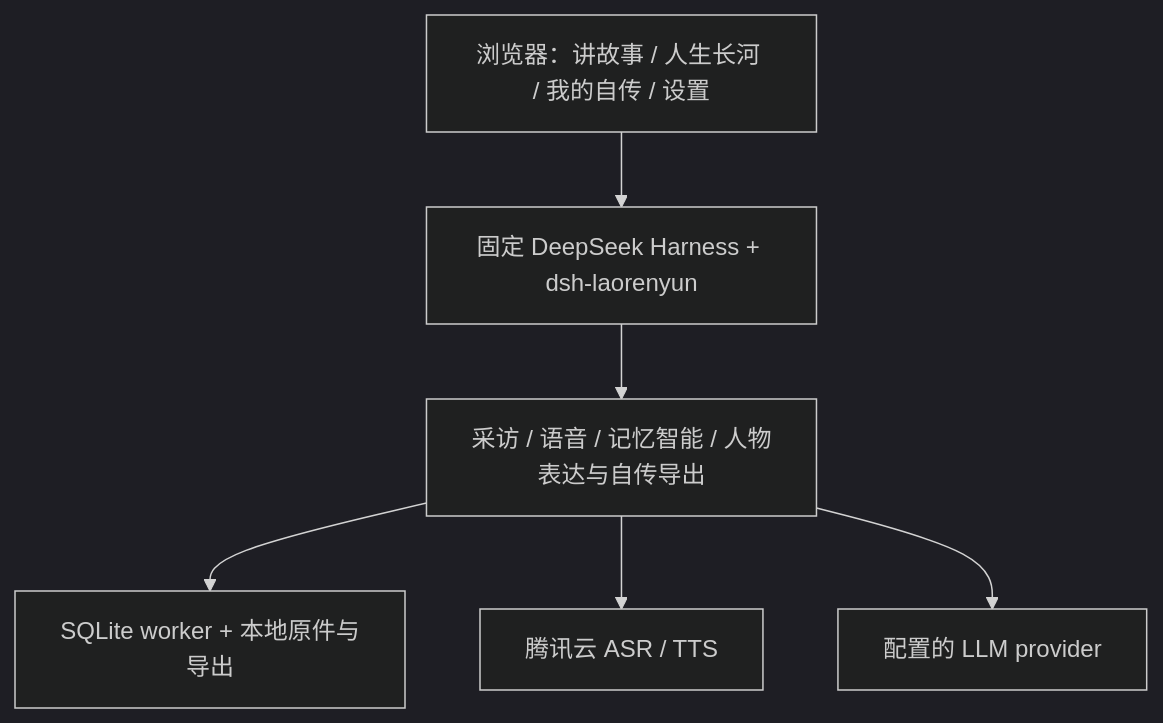
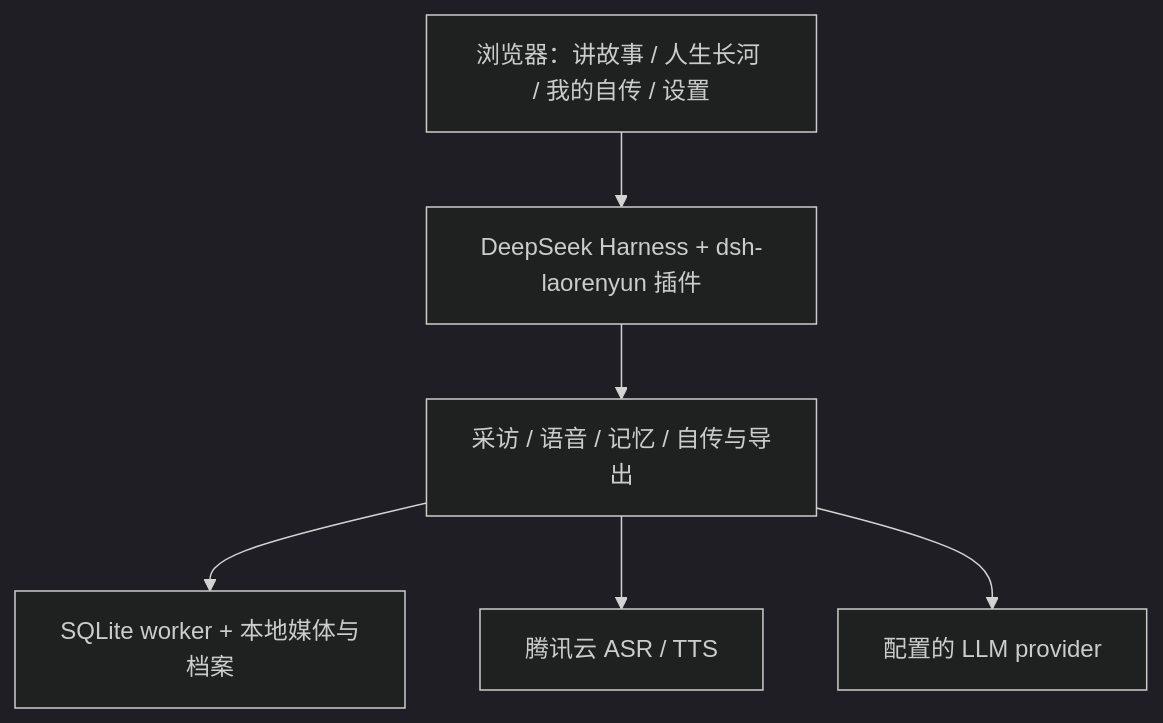
The diagram in README.md (Develata/laorenyun), drawn with Mermaid (dark theme) before and after one commit. The commit also changed other lines of this file and 19 other files, not shown here.

````diff
--- a/README.md
+++ b/README.md
@@ -22,8 +110,8 @@
 ```mermaid
 flowchart TD
-  Web[浏览器：讲故事 / 人生长河 / 我的自传 / 设置] --> DSH[固定 DeepSeek Harness + dsh-laorenyun]
-  DSH --> Business[采访 / 语音 / 记忆智能 / 人物表达与自传导出]
-  Business --> Local[SQLite worker + 本地原件与导出]
-  Business --> Tencent[腾讯云 ASR / TTS]
-  Business --> Model[配置的 LLM provider]
+  Web[浏览器：讲故事 / 人生长河 / 我的自传 / 设置] --> Shell[DeepSeek Harness + dsh-laorenyun 插件]
+  Shell --> Domain[采访 / 语音 / 记忆 / 自传与导出]
+  Domain --> Local[SQLite worker + 本地媒体与档案]
+  Domain --> Tencent[腾讯云 ASR / TTS]
+  Domain --> Model[配置的 LLM provider]
 ```
````
